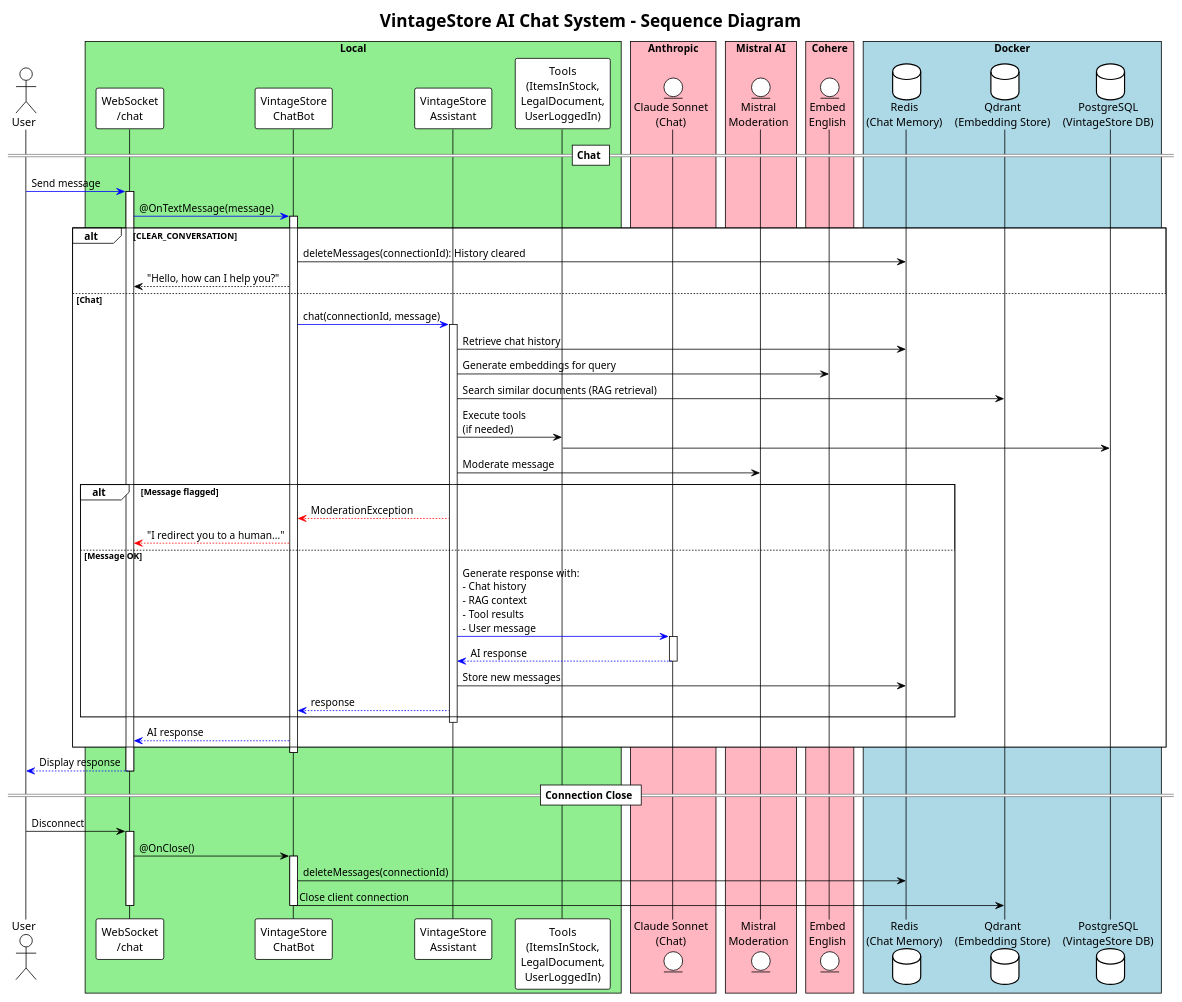
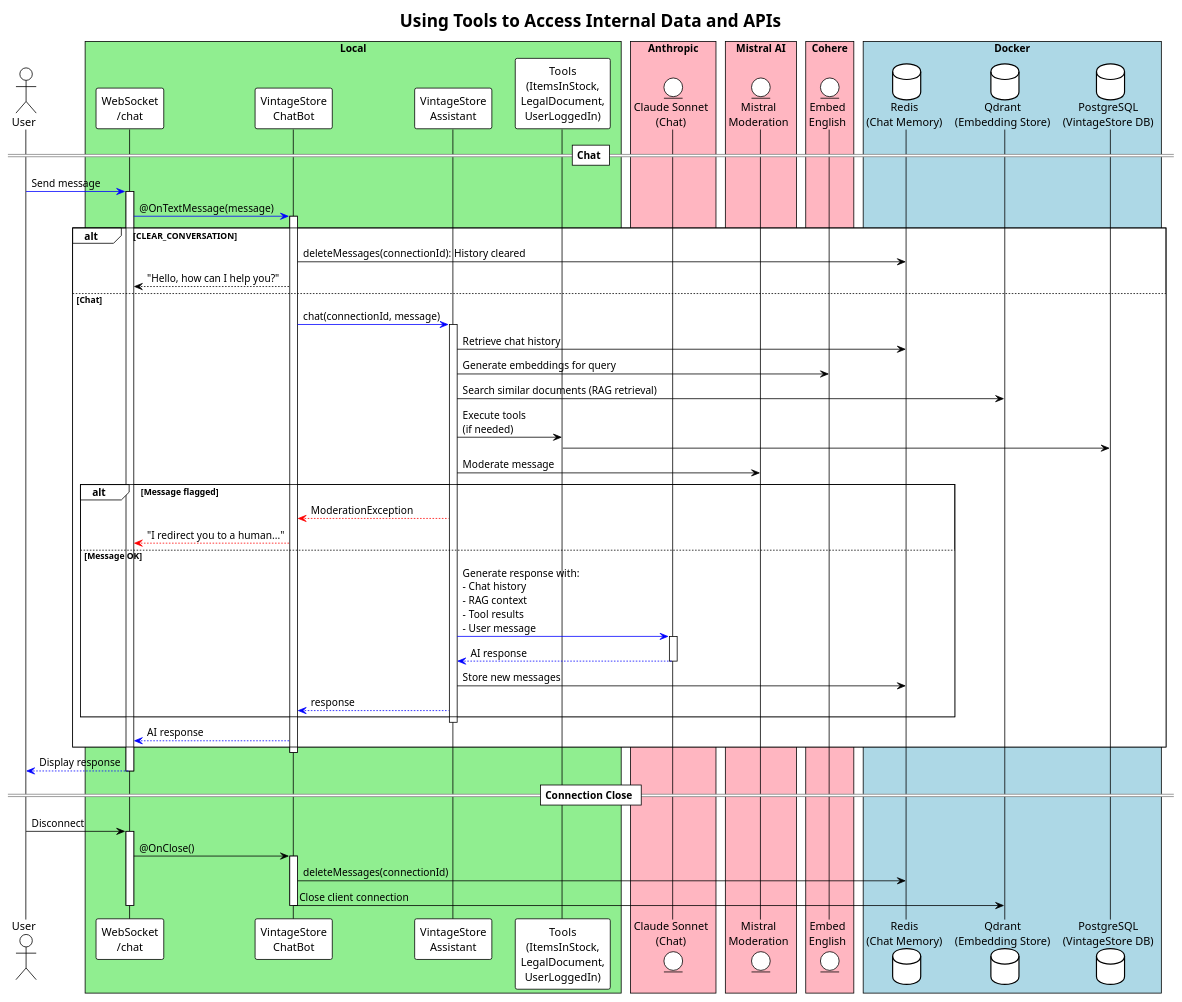
One commit to agoncal/agoncal-application-vintagestore changed the diagram in docs/puml/40-tools.puml. Above: the diagram before and after it, drawn with PlantUML. The commit also changed 7 other files, not shown here.

```diff
--- a/docs/puml/40-tools.puml
+++ b/docs/puml/40-tools.puml
@@ -1,78 +1,78 @@
 @startuml
 !theme plain
-title VintageStore AI Chat System - Sequence Diagram
+title Using Tools to Access Internal Data and APIs
 
 actor User
 box "Local" #LightGreen
 participant "WebSocket\n/chat" as WS
 participant "VintageStore\nChatBot" as ChatBot
 participant "VintageStore\nAssistant" as Assistant
 participant "Tools\n(ItemsInStock,\nLegalDocument,\nUserLoggedIn)" as Tools
 end box
 box "Anthropic" #LightPink
 entity "Claude Sonnet\n(Chat)" as Anthropic
 end box
 box "Mistral AI" #LightPink
 entity "Mistral\nModeration" as Mistral
 end box
 box "Cohere" #LightPink
 entity "Embed\nEnglish" as Cohere
 end box
 box "Docker" #LightBlue
 database "Redis\n(Chat Memory)" as Redis
 database "Qdrant\n(Embedding Store)" as Qdrant
 database "PostgreSQL\n(VintageStore DB)" as PostgreSQL
 end box
 
 == Chat ==
 User -[#blue]> WS: Send message
 activate WS
 WS -[#blue]> ChatBot: @OnTextMessage(message)
 activate ChatBot
 
 alt CLEAR_CONVERSATION
     ChatBot -> Redis: deleteMessages(connectionId): History cleared
     ChatBot --> WS: "Hello, how can I help you?"
 else Chat
     ChatBot -[#blue]> Assistant: chat(connectionId, message)
     activate Assistant
     Assistant -> Redis: Retrieve chat history
     Assistant -> Cohere: Generate embeddings for query
     Assistant -> Qdrant: Search similar documents (RAG retrieval)
     Assistant -> Tools: Execute tools\n(if needed)
     Tools -> PostgreSQL
     Assistant -> Mistral: Moderate message
 
     alt Message flagged
         Assistant -[#red]-> ChatBot: ModerationException
         ChatBot -[#red]-> WS: "I redirect you to a human..."
     else Message OK
 
         Assistant -[#blue]> Anthropic: Generate response with:\n- Chat history\n- RAG context\n- Tool results\n- User message
         activate Anthropic
         Anthropic -[#blue]-> Assistant: AI response
         deactivate Anthropic
 
         Assistant -> Redis: Store new messages
         Assistant -[#blue]-> ChatBot: response
     end
     deactivate Assistant
 
     ChatBot -[#blue]-> WS: AI response
 end
 deactivate ChatBot
 
 WS -[#blue]-> User: Display response
 deactivate WS
 
 == Connection Close ==
 User -> WS: Disconnect
 activate WS
 WS -> ChatBot: @OnClose()
 activate ChatBot
 ChatBot -> Redis: deleteMessages(connectionId)
 ChatBot -> Qdrant: Close client connection
 deactivate ChatBot
 deactivate WS
 
 @enduml
```
